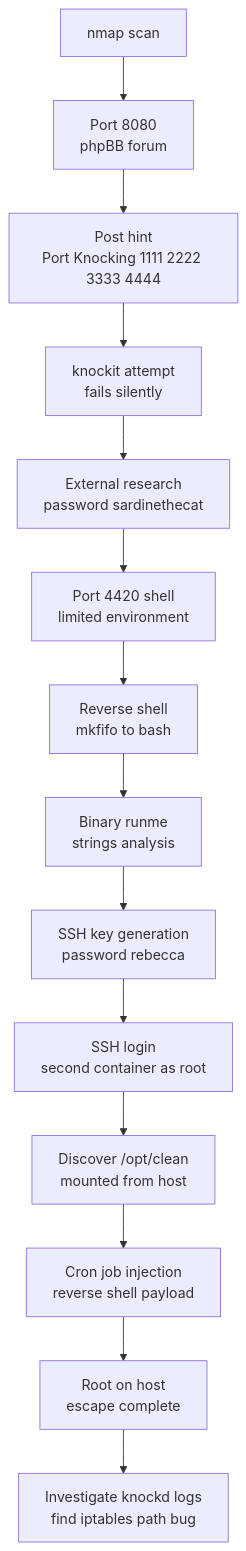
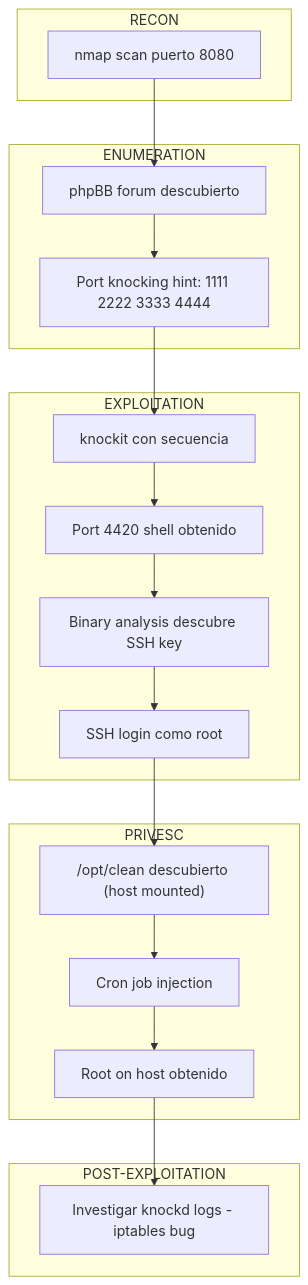
One commit to renekerr/renekerr.github.io changed the diagram in _posts/2026-06-24-cat-pictures-ctf.md. Above: the diagram before and after it, drawn with Mermaid. The commit also changed other lines of this file and 8 other files, not shown here.

Commit message:
Improve Attack Flow diagrams: convert to subgraph format grouped by phase (RECON-ENUMERATION-EXPLOITATION-PRIVESC-POST-EXPLOITATION) for all CTF writeups

```diff
--- a/_posts/2026-06-24-cat-pictures-ctf.md
+++ b/_posts/2026-06-24-cat-pictures-ctf.md
@@ -245,16 +245,30 @@
 <div class="mermaid">
 graph TD
-    A["nmap scan"] --> B["Port 8080<br/>phpBB forum"]
-    B --> C["Post hint<br/>Port Knocking 1111 2222 3333 4444"]
-    C --> D["knockit attempt<br/>fails silently"]
-    D --> E["External research<br/>password sardinethecat"]
-    E --> F["Port 4420 shell<br/>limited environment"]
-    F --> G["Reverse shell<br/>mkfifo to bash"]
-    G --> H["Binary runme<br/>strings analysis"]
-    H --> I["SSH key generation<br/>password rebecca"]
-    I --> J["SSH login<br/>second container as root"]
-    J --> K["Discover /opt/clean<br/>mounted from host"]
-    K --> L["Cron job injection<br/>reverse shell payload"]
-    L --> M["Root on host<br/>escape complete"]
-    M --> N["Investigate knockd logs<br/>find iptables path bug"]
+ subgraph RECON["RECON"]
+  A["nmap scan puerto 8080"]
+ end
+ 
+ subgraph ENUM["ENUMERATION"]
+  B["phpBB forum descubierto"] --> C["Port knocking hint: 1111 2222 3333 4444"]
+ end
+ 
+ subgraph EXPL["EXPLOITATION"]
+  D["knockit con secuencia"] --> E["Port 4420 shell obtenido"]
+  F["Binary analysis descubre SSH key"] --> G["SSH login como root"]
+ end
+ 
+ subgraph PRIVESC["PRIVESC"]
+  H["/opt/clean descubierto (host mounted)"] --> I["Cron job injection"]
+  I --> J["Root on host obtenido"]
+ end
+ 
+ subgraph POST["POST-EXPLOITATION"]
+  K["Investigar knockd logs - iptables bug"]
+ end
+ 
+ A --> B
+ C --> D
+ E --> F
+ G --> H
+ J --> K
 </div>
```
